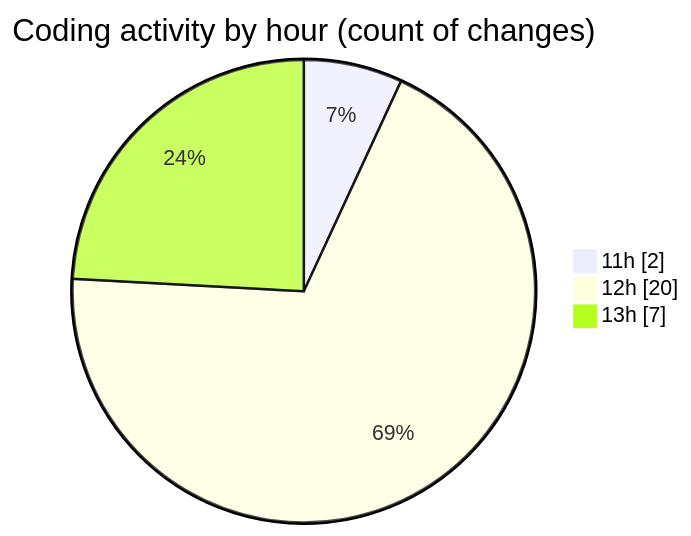
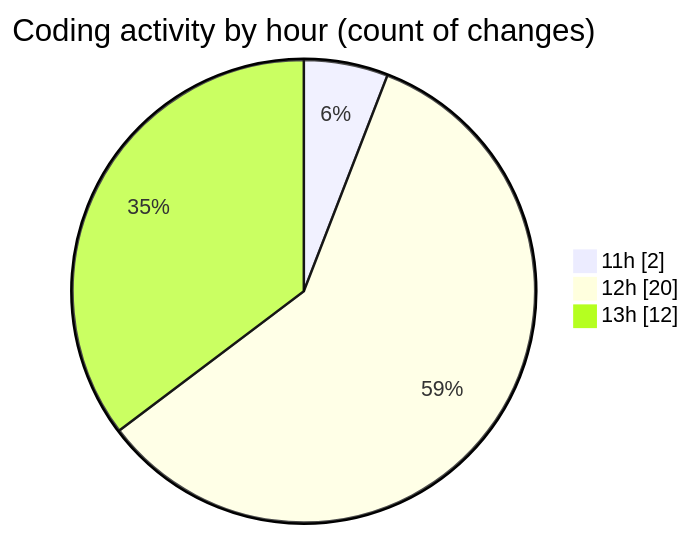
The second of 2 diagrams in 2025-10-05/laravel-penyewaan-lapangan-futsal/README.md (idhammustaqopulfikri/code-tracking), drawn with Mermaid before and after one commit. The commit also changed other lines of this file and 1 other file, not shown here.

````diff
--- a/2025-10-05/laravel-penyewaan-lapangan-futsal/README.md
+++ b/2025-10-05/laravel-penyewaan-lapangan-futsal/README.md
@@ -37,7 +37,7 @@
 ```mermaid
 pie showData
 title Coding activity by hour (count of changes)
 "11h" : 2
 "12h" : 20
-"13h" : 7
+"13h" : 12
 ```
````
